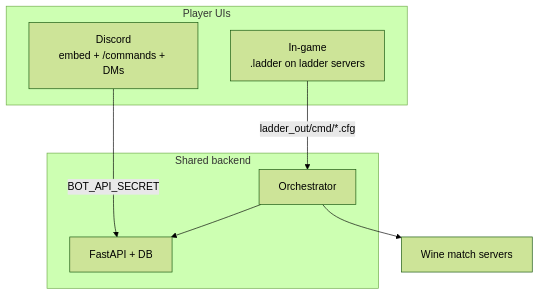
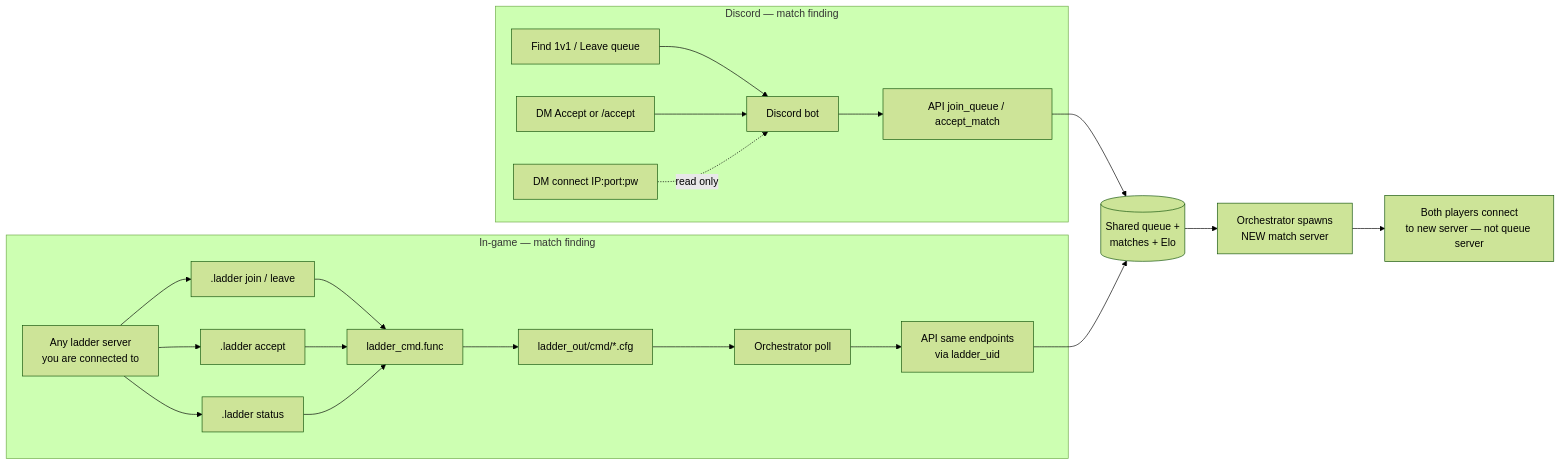
Before and after one commit to d3nd3/sof-ladder: the second of 13 diagrams in README.md, drawn with Mermaid (forest theme). The commit also changed other lines of this file, not shown here.

````diff
--- a/README.md
+++ b/README.md
@@ -59,15 +62,33 @@
 ```mermaid
-flowchart TB
-  subgraph paths [Player UIs]
-    D["Discord\nembed + /commands + DMs"]
-    G["In-game\n.ladder on ladder servers"]
+flowchart LR
+  subgraph discord_path [Discord — match finding]
+    D1[Find 1v1 / Leave queue]
+    D2[DM Accept or /accept]
+    D3[DM connect IP:port:pw]
+    D1 --> Bot[Discord bot]
+    D2 --> Bot
+    Bot --> API1[API join_queue / accept_match]
+    D3 -.->|read only| Bot
   end
-  subgraph core [Shared backend]
-    API[FastAPI + DB]
-    Orch[Orchestrator]
+
+  subgraph ingame_path [In-game — match finding]
+    G0[Any ladder server\nyou are connected to]
+    G1[".ladder join / leave"]
+    G2[".ladder accept"]
+    G3[".ladder status"]
+    G0 --> G1
+    G0 --> G2
+    G0 --> G3
+    G1 --> Cmd[ladder_cmd.func]
+    G2 --> Cmd
+    G3 --> Cmd
+    Cmd --> File["ladder_out/cmd/*.cfg"]
+    File --> Orch[Orchestrator poll]
+    Orch --> API2[API same endpoints\nvia ladder_uid]
   end
-  D -->|BOT_API_SECRET| API
-  G -->|ladder_out/cmd/*.cfg| Orch
-  Orch --> API
-  Orch --> MatchSrv2[Wine match servers]
+
+  API1 --> Shared[(Shared queue +\nmatches + Elo)]
+  API2 --> Shared
+  Shared --> Spawn[Orchestrator spawns\nNEW match server]
+  Spawn --> Play[Both players connect\nto new server — not queue server]
 ```
````
